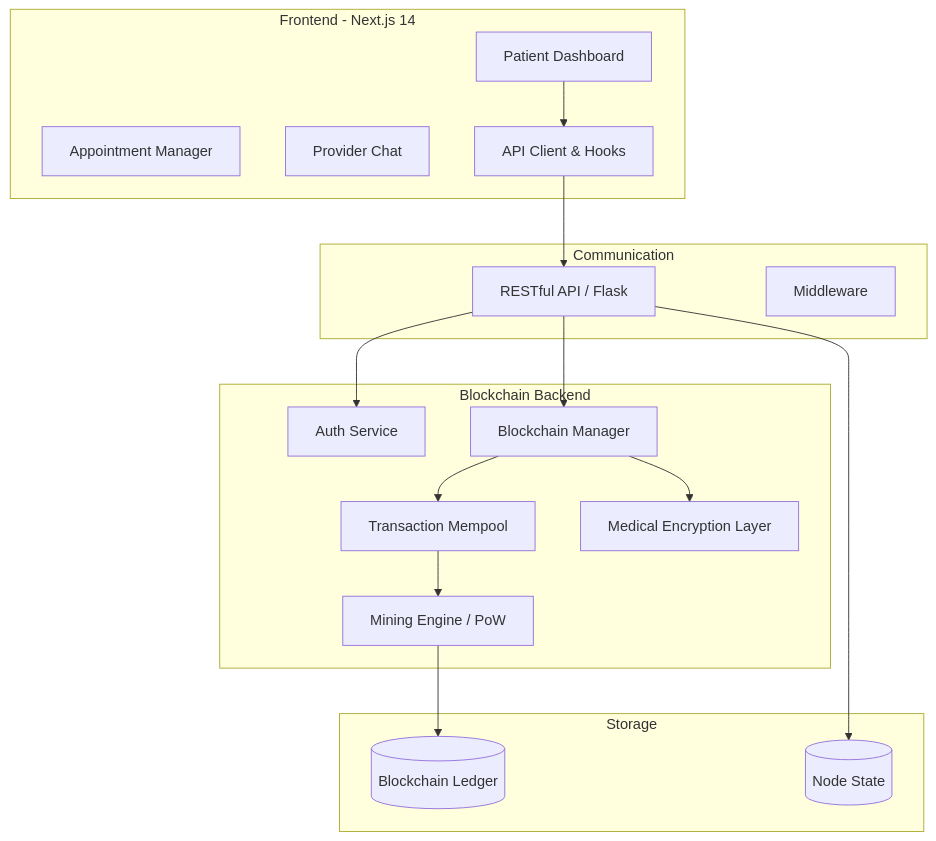
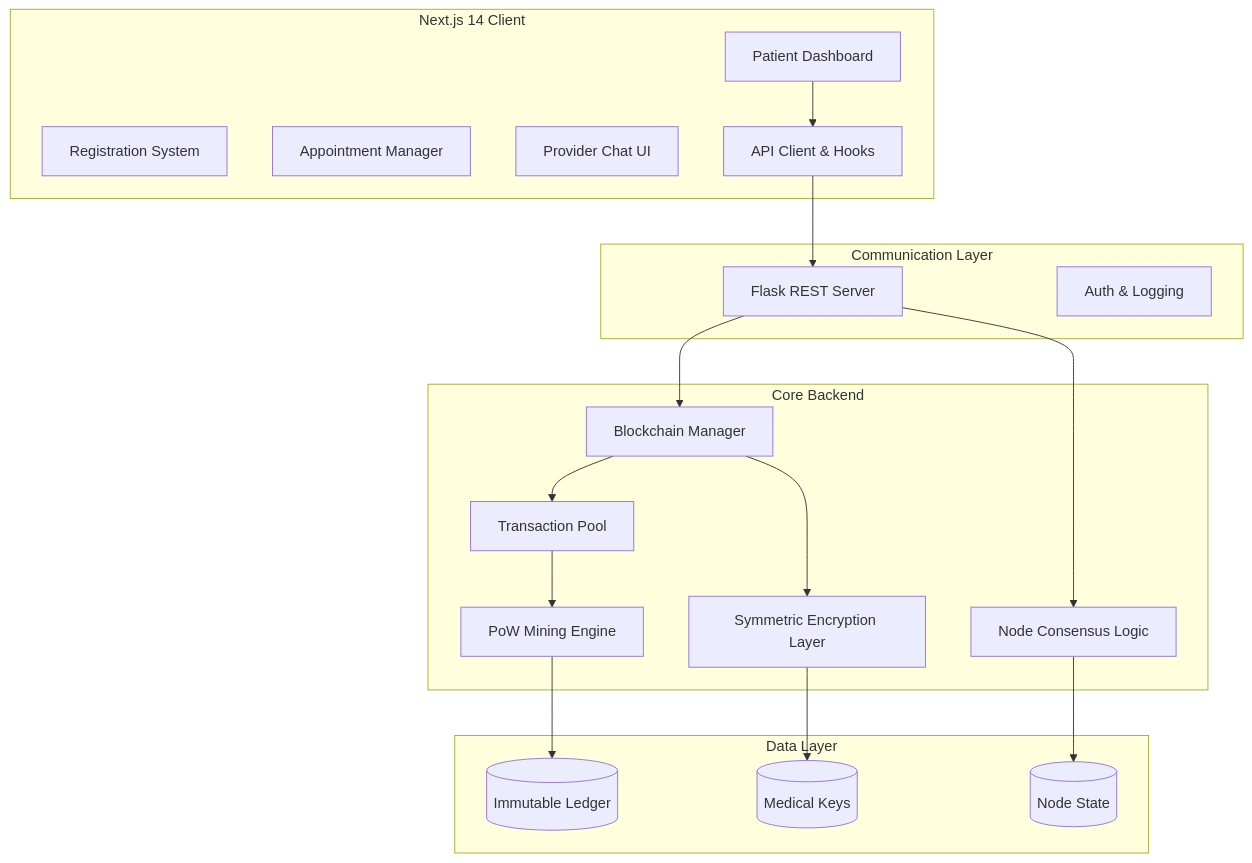
One commit to WomB0ComB0/hack-knight-25 changed the diagram in README.md. Above: the diagram before and after it, drawn with Mermaid. The commit also changed other lines of this file, not shown here.

````diff
--- a/README.md
+++ b/README.md
@@ -51,37 +53,40 @@
 ```mermaid
 graph TD
-    subgraph Client_Layer [Frontend - Next.js 14]
+    subgraph Frontend_Layer [Next.js 14 Client]
         Dashboard[Patient Dashboard]
-        Appt[Appointment Manager]
-        Chat[Provider Chat]
-        API_C[API Client & Hooks]
+        Register[Registration System]
+        Appts[Appointment Manager]
+        Chat[Provider Chat UI]
+        API_Client[API Client & Hooks]
     end
 
-    subgraph API_Gateway [Communication]
-        REST[RESTful API / Flask]
-        WS[Middleware]
+    subgraph API_Gateway [Communication Layer]
+        Flask_API[Flask REST Server]
+        Middleware[Auth & Logging]
     end
 
-    subgraph Core_Logic [Blockchain Backend]
-        Auth[Auth Service]
-        BC[Blockchain Manager]
-        Pool[Transaction Mempool]
-        Mine[Mining Engine / PoW]
-        Enc[Medical Encryption Layer]
+    subgraph Blockchain_Engine [Core Backend]
+        BC_Manager[Blockchain Manager]
+        Mempool[Transaction Pool]
+        Miner[PoW Mining Engine]
+        Enc[Symmetric Encryption Layer]
+        Consensus[Node Consensus Logic]
     end
 
-    subgraph Persistence [Storage]
-        Ledger[(Blockchain Ledger)]
+    subgraph Persistence [Data Layer]
+        Ledger[(Immutable Ledger)]
         State[(Node State)]
+        Keys[(Medical Keys)]
     end
 
-    Dashboard --> API_C
-    API_C --> REST
-    REST --> Auth
-    REST --> BC
-    BC --> Pool
-    Pool --> Mine
-    Mine --> Ledger
-    BC --> Enc
-    REST --> State
+    Dashboard --> API_Client
+    API_Client --> Flask_API
+    Flask_API --> BC_Manager
+    BC_Manager --> Mempool
+    Mempool --> Miner
+    Miner --> Ledger
+    BC_Manager --> Enc
+    Enc --> Keys
+    Flask_API --> Consensus
+    Consensus --> State
 ```
````
